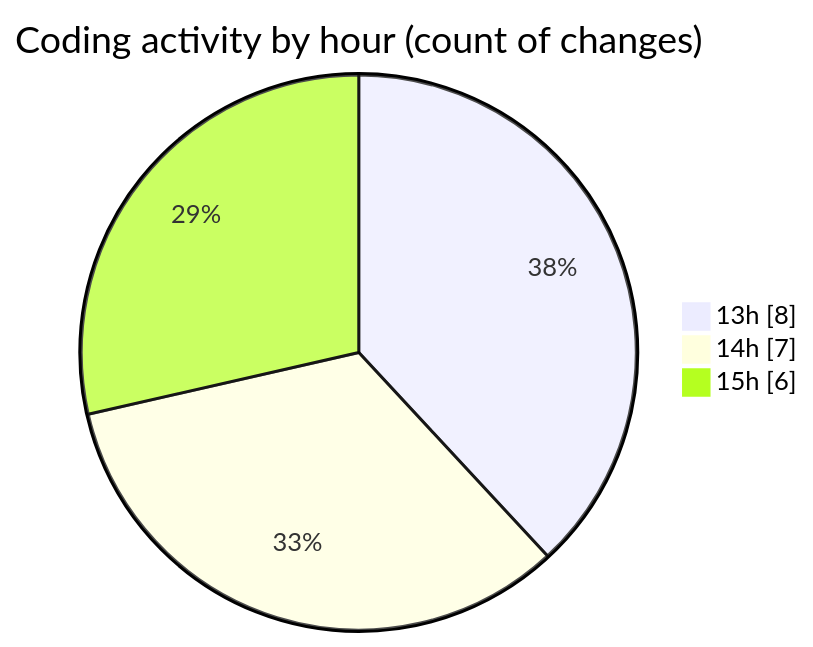
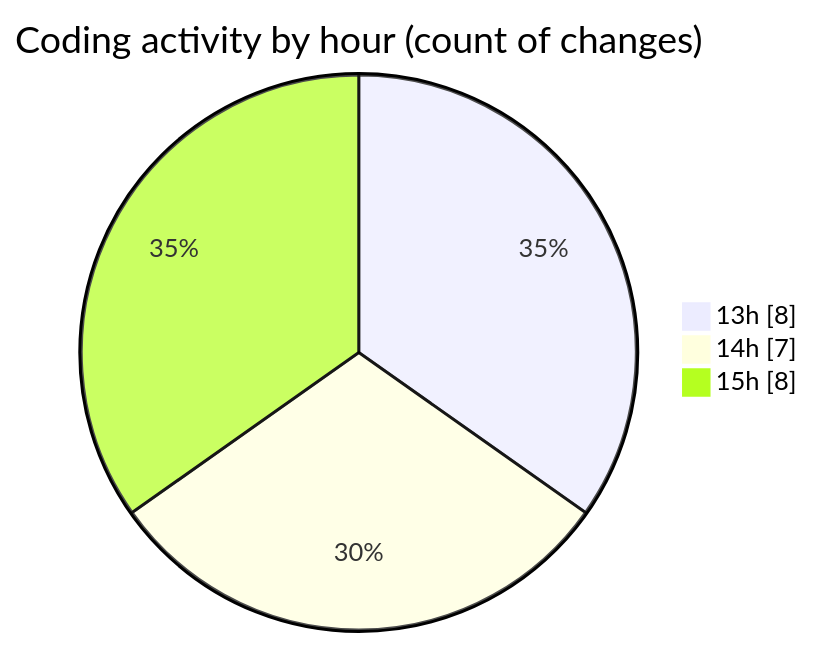
The second of 2 diagrams in 2025-04-03/jsvms/README.md (BS-eng2023/code-tracking), drawn with Mermaid before and after one commit. The commit also changed other lines of this file and 1 other file, not shown here.

````diff
--- a/2025-04-03/jsvms/README.md
+++ b/2025-04-03/jsvms/README.md
@@ -36,7 +37,7 @@
 ```mermaid
 pie showData
 title Coding activity by hour (count of changes)
 "13h" : 8
 "14h" : 7
-"15h" : 6
+"15h" : 8
 ```
````
